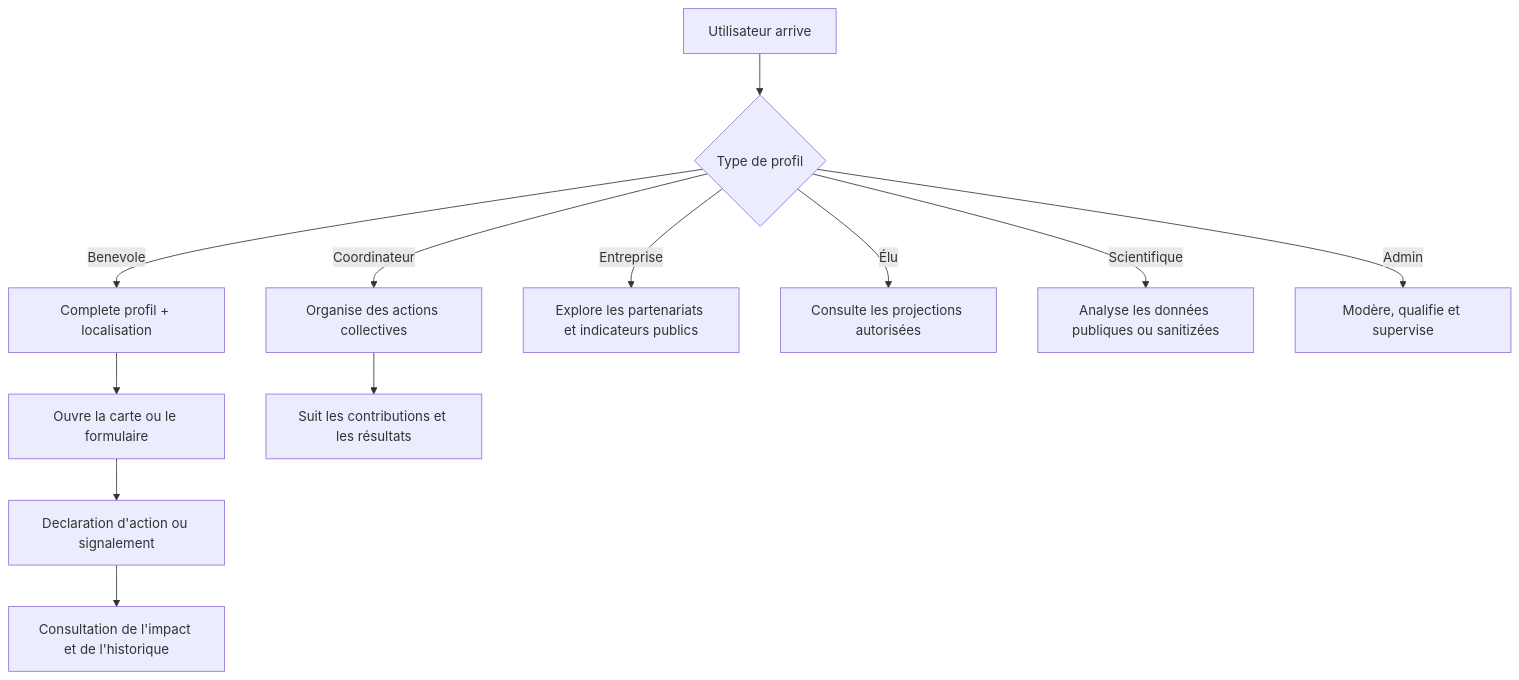
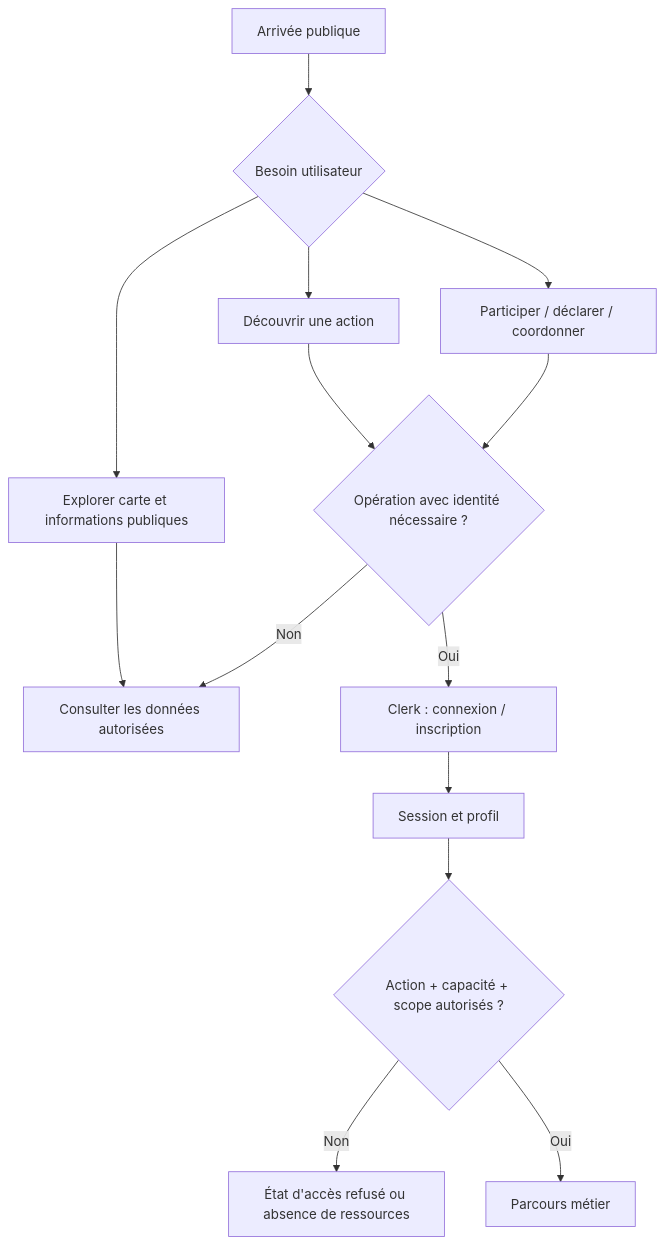
Before and after one commit to maxd4/CleanmyMap: the first of 5 diagrams in documentation/product/parcours-utilisateurs.md, drawn with Mermaid. The commit also changed other lines of this file and 13 other files, not shown here.

````diff
--- a/documentation/product/parcours-utilisateurs.md
+++ b/documentation/product/parcours-utilisateurs.md
@@ -38,14 +21,16 @@
 ```mermaid
 flowchart TD
-  A[Utilisateur arrive] --> B{Type de profil}
-  B -- Benevole --> C[Complete profil + localisation]
-  C --> D[Ouvre la carte ou le formulaire]
-  D --> E[Declaration d'action ou signalement]
-  E --> F[Consultation de l'impact et de l'historique]
-  B -- Coordinateur --> G[Organise des actions collectives]
-  G --> H[Suit les contributions et les résultats]
-  B -- Entreprise --> I[Explore les partenariats et indicateurs publics]
-  B -- Élu --> J[Consulte les projections autorisées]
-  B -- Scientifique --> K[Analyse les données publiques ou sanitizées]
-  B -- Admin --> L[Modère, qualifie et supervise]
+  A[Arrivée publique] --> B{Besoin utilisateur}
+  B --> C[Explorer carte et informations publiques]
+  B --> D[Découvrir une action]
+  B --> E[Participer / déclarer / coordonner]
+  C --> F[Consulter les données autorisées]
+  D --> G{Opération avec identité nécessaire ?}
+  E --> G
+  G -- Non --> F
+  G -- Oui --> H[Clerk : connexion / inscription]
+  H --> I[Session et profil]
+  I --> J{Action + capacité + scope autorisés ?}
+  J -- Non --> K[État d'accès refusé ou absence de ressources]
+  J -- Oui --> L[Parcours métier]
 ```
````
